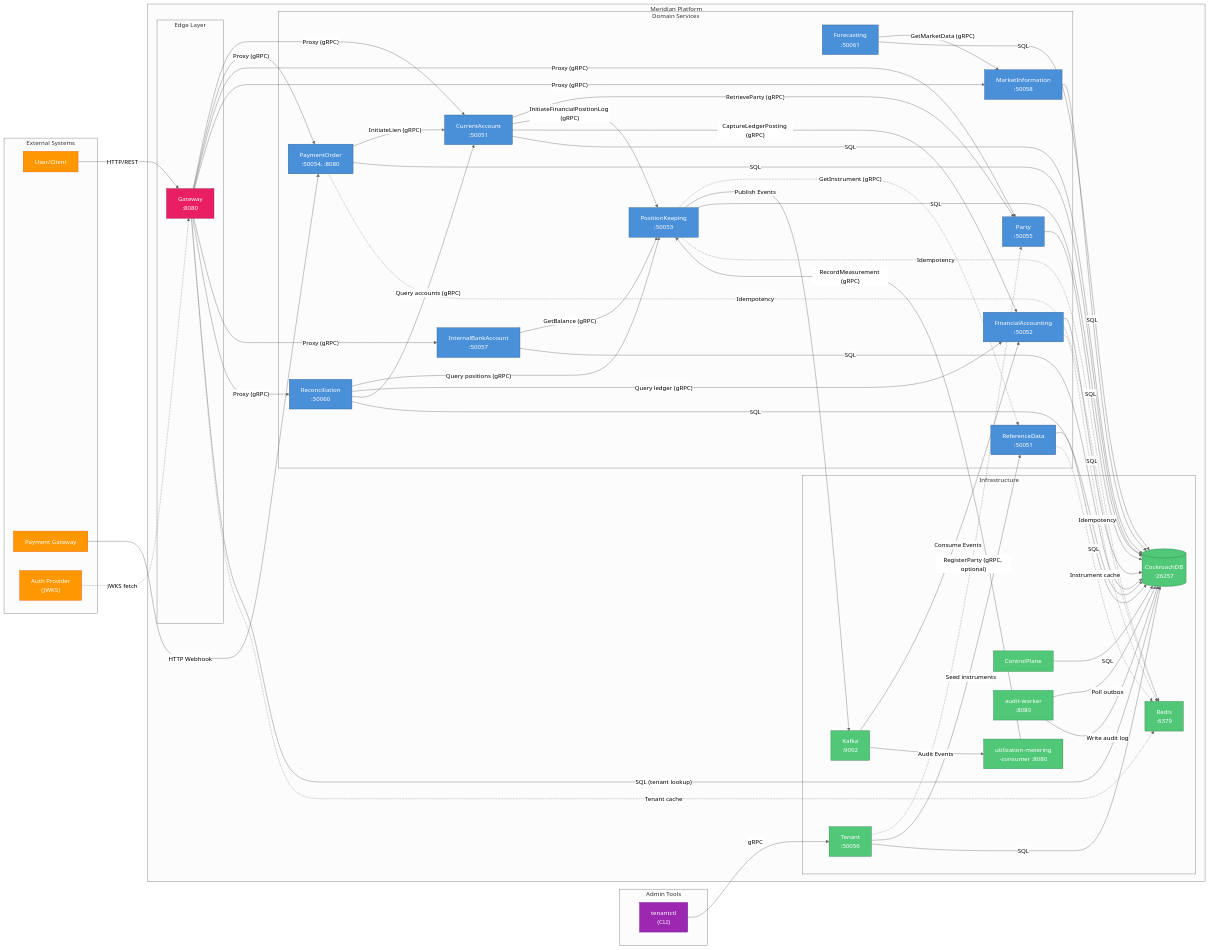
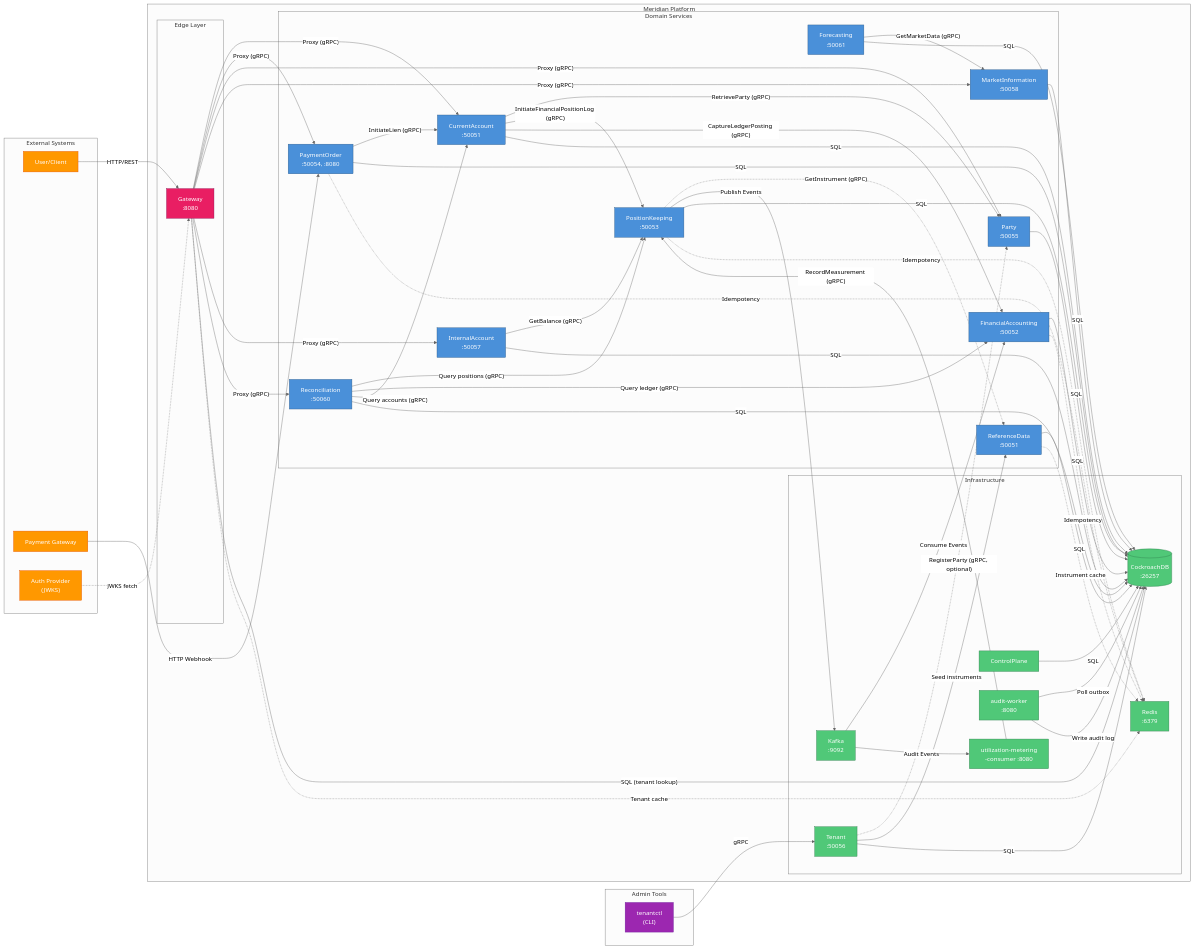
Before and after one commit to meridianhub/meridian: the first of 3 diagrams in services/README.md, drawn with Mermaid (neutral theme). The commit also changed other lines of this file and 312 other files, not shown here.

First line of the commit message:
refactor: rename internal-bank-account service to internal-account

```diff
--- a/services/README.md
+++ b/services/README.md
@@ -32,7 +32,7 @@
             PO["PaymentOrder<br/>:50054, :8080"]
             RD["ReferenceData<br/>:50051"]
             MI["MarketInformation<br/>:50058"]
-            IBA["InternalBankAccount<br/>:50057"]
+            IBA["InternalAccount<br/>:50057"]
             Recon["Reconciliation<br/>:50060"]
             FC["Forecasting<br/>:50061"]
         end
```
